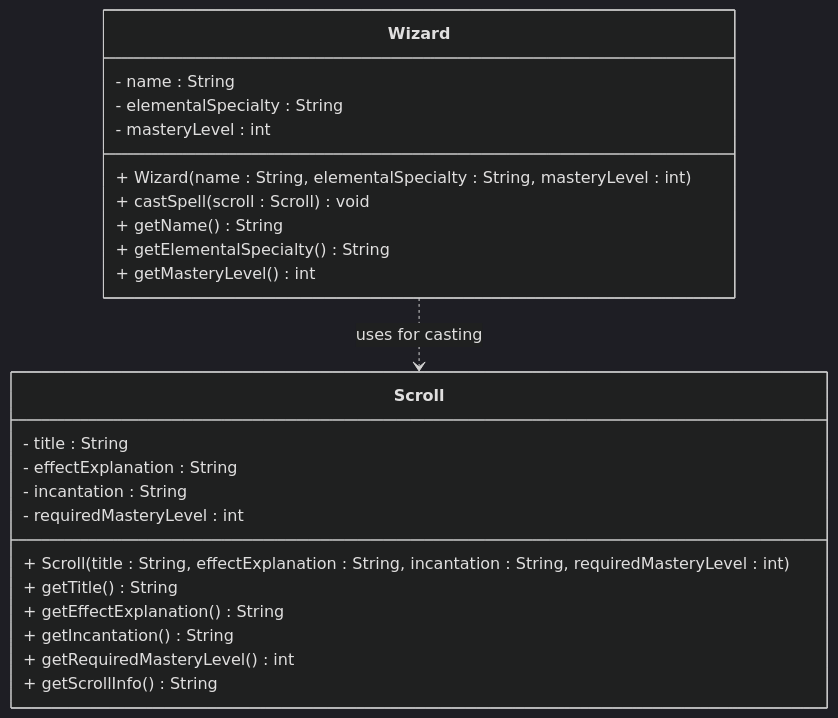
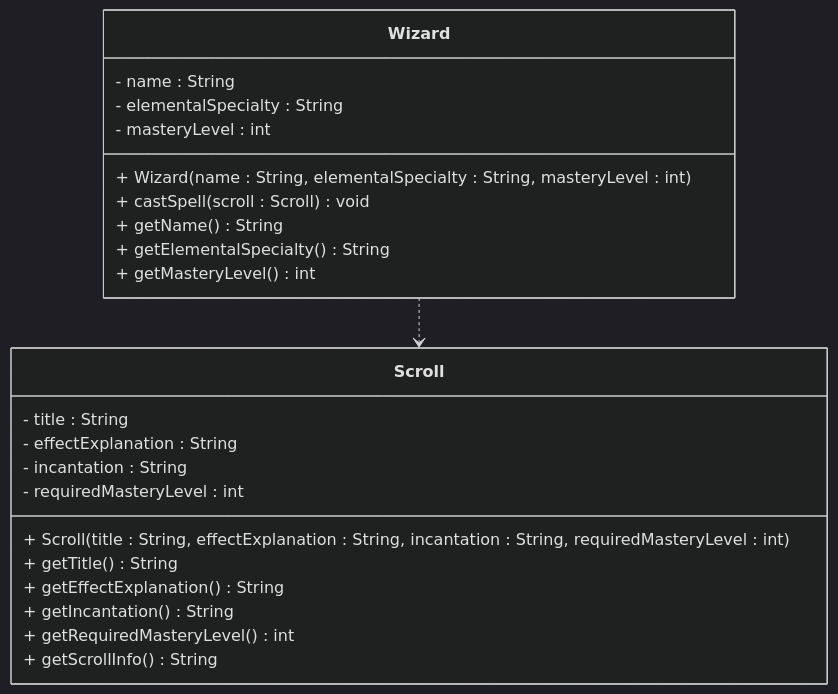
One commit to TroelsMortensen/Codelabs2 changed the first of 2 diagrams in Articles/Session 11 - Relationships intro/017 Exercises 6 - Wizard.md. Above: the diagram before and after it, drawn with Mermaid (dark theme). The commit also changed other lines of this file and 3 other files, not shown here.

````diff
--- a/Articles/Session 11 - Relationships intro/017 Exercises 6 - Wizard.md
+++ b/Articles/Session 11 - Relationships intro/017 Exercises 6 - Wizard.md
@@ -27,28 +27,28 @@
 ```mermaid
 classDiagram
     class Wizard {
         - name : String
         - elementalSpecialty : String
         - masteryLevel : int
         + Wizard(name : String, elementalSpecialty : String, masteryLevel : int)
         + castSpell(scroll : Scroll) void
         + getName() String
         + getElementalSpecialty() String
         + getMasteryLevel() int
     }
     
     class Scroll {
         - title : String
         - effectExplanation : String
         - incantation : String
         - requiredMasteryLevel : int
         + Scroll(title : String, effectExplanation : String, incantation : String, requiredMasteryLevel : int)
         + getTitle() String
         + getEffectExplanation() String
         + getIncantation() String
         + getRequiredMasteryLevel() int
         + getScrollInfo() String
     }
     
-    Wizard ..> Scroll : uses for casting
+    Wizard ..> Scroll
 ```
````
